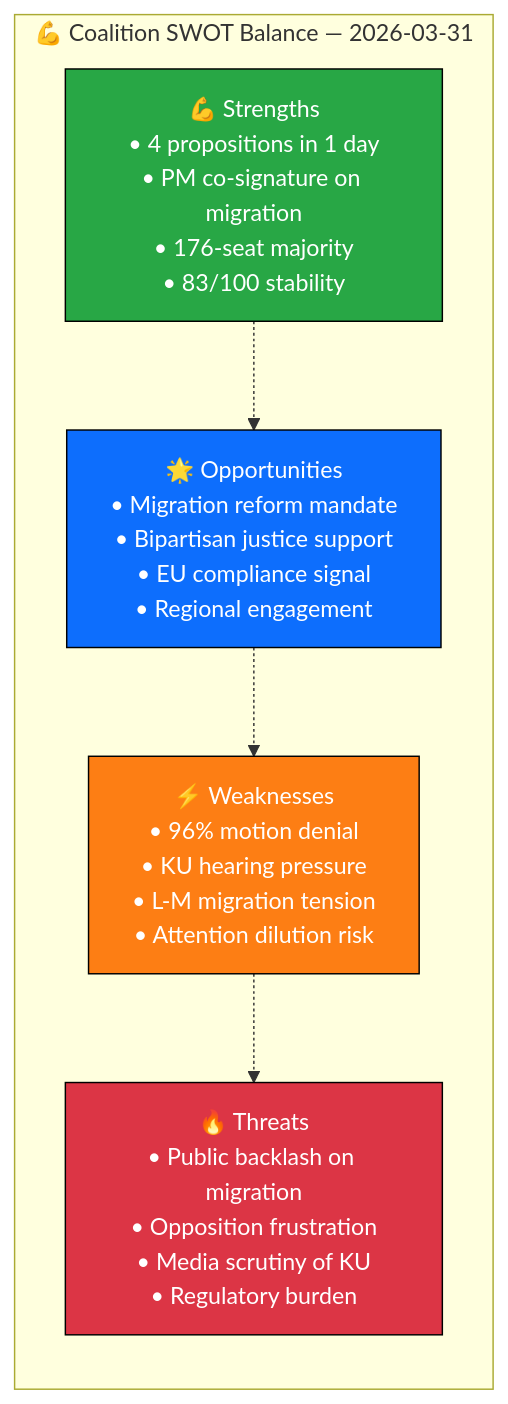
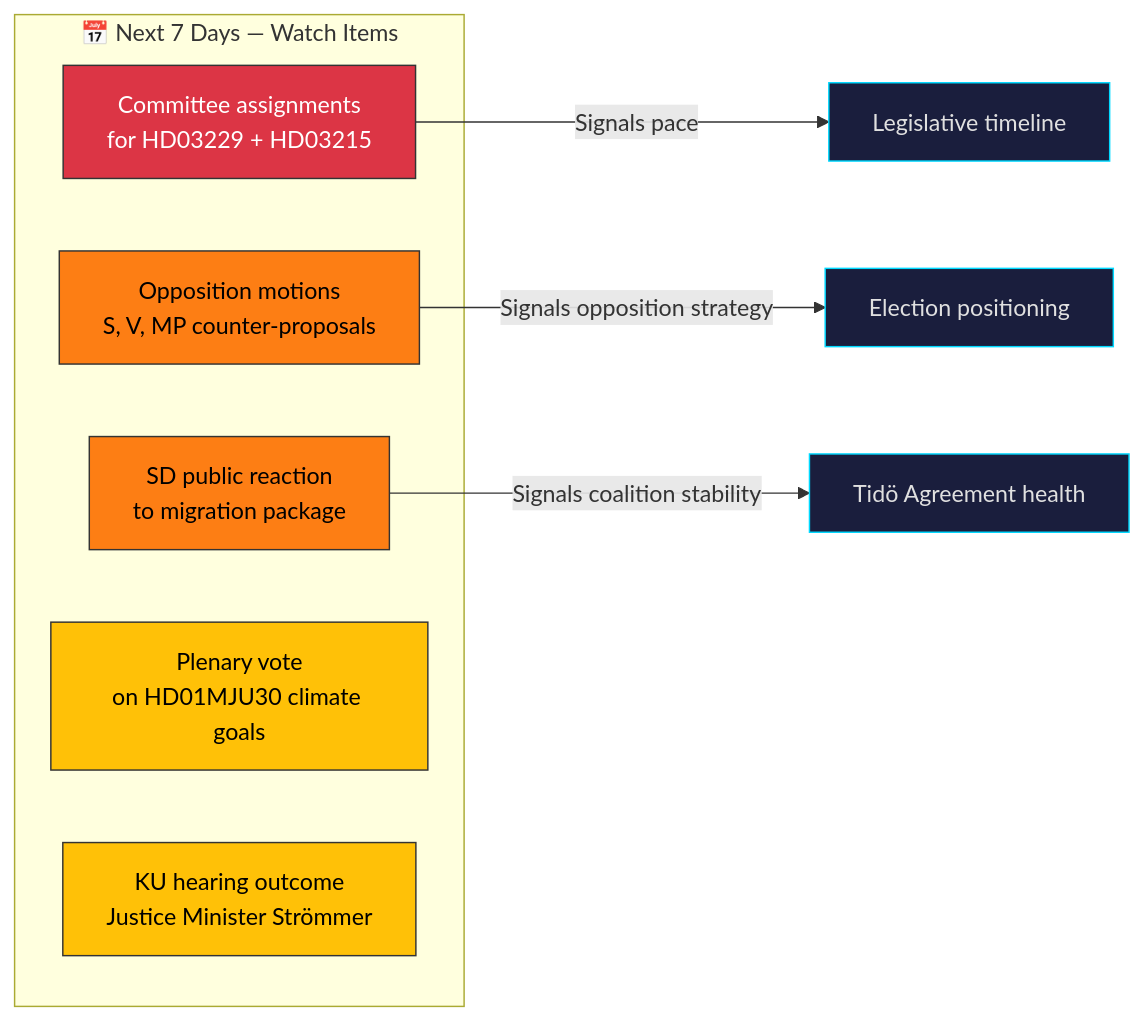
Before and after one commit to Hack23/riksdagsmonitor: the second of 2 diagrams in analysis/daily/2026-03-31/synthesis-summary.md, drawn with Mermaid. The commit also changed other lines of this file and 22 other files, not shown here.

First line of the commit message:
🔴 Breaking: Sweden Launches Major Migration Reform Package - 2026-03-31

````diff
--- a/analysis/daily/2026-03-31/synthesis-summary.md
+++ b/analysis/daily/2026-03-31/synthesis-summary.md
@@ -84,16 +84,23 @@
 ```mermaid
 graph LR
-    subgraph "💪 Coalition SWOT Balance — 2026-03-31"
-        GS["💪 Strengths<br/>• 4 propositions in 1 day<br/>• PM co-signature on migration<br/>• 176-seat majority<br/>• 83/100 stability"]
-        GW["⚡ Weaknesses<br/>• 96% motion denial<br/>• KU hearing pressure<br/>• L-M migration tension<br/>• Attention dilution risk"]
-        GO["🌟 Opportunities<br/>• Migration reform mandate<br/>• Bipartisan justice support<br/>• EU compliance signal<br/>• Regional engagement"]
-        GT["🔥 Threats<br/>• Public backlash on migration<br/>• Opposition frustration<br/>• Media scrutiny of KU<br/>• Regulatory burden"]
+    subgraph "📅 Next 7 Days — Watch Items"
+        W1["Committee assignments<br/>for HD03229 + HD03215"]
+        W2["Opposition motions<br/>S, V, MP counter-proposals"]
+        W3["SD public reaction<br/>to migration package"]
+        W4["Plenary vote<br/>on HD01MJU30 climate goals"]
+        W5["KU hearing outcome<br/>Justice Minister Strömmer"]
     end
-    GS -.-> GO
-    GW -.-> GT
-    GO -.-> GW
-    style GS fill:#28a745,stroke:#000,color:#fff
-    style GW fill:#fd7e14,stroke:#000,color:#fff
-    style GO fill:#0d6efd,stroke:#000,color:#fff
-    style GT fill:#dc3545,stroke:#000,color:#fff
+
+    W1 --> |"Signals pace"| T1["Legislative timeline"]
+    W2 --> |"Signals opposition strategy"| T2["Election positioning"]
+    W3 --> |"Signals coalition stability"| T3["Tidö Agreement health"]
+
+    style W1 fill:#dc3545,stroke:#333,color:#fff
+    style W2 fill:#fd7e14,stroke:#333,color:#000
+    style W3 fill:#fd7e14,stroke:#333,color:#000
+    style W4 fill:#ffc107,stroke:#333,color:#000
+    style W5 fill:#ffc107,stroke:#333,color:#000
+    style T1 fill:#1a1e3d,stroke:#00d9ff,color:#e0e0e0
+    style T2 fill:#1a1e3d,stroke:#00d9ff,color:#e0e0e0
+    style T3 fill:#1a1e3d,stroke:#00d9ff,color:#e0e0e0
 ```
````
